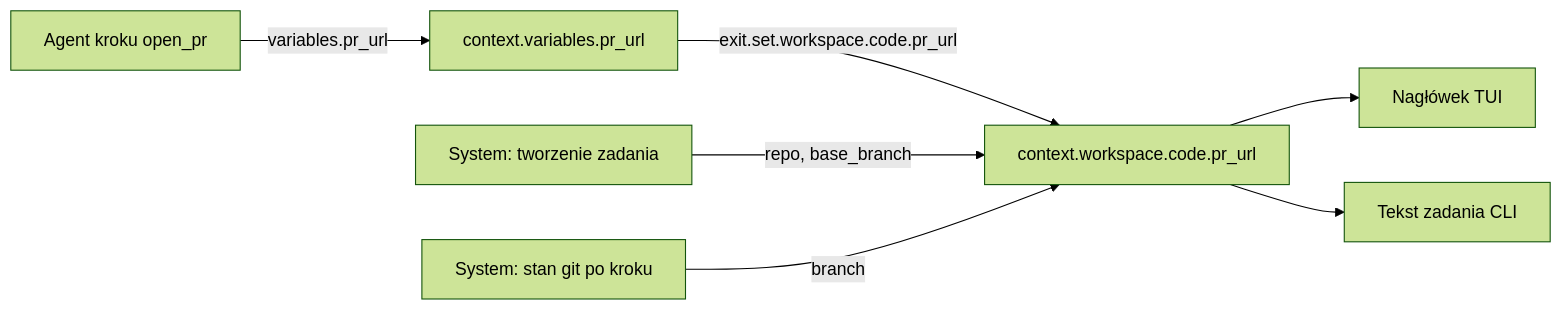
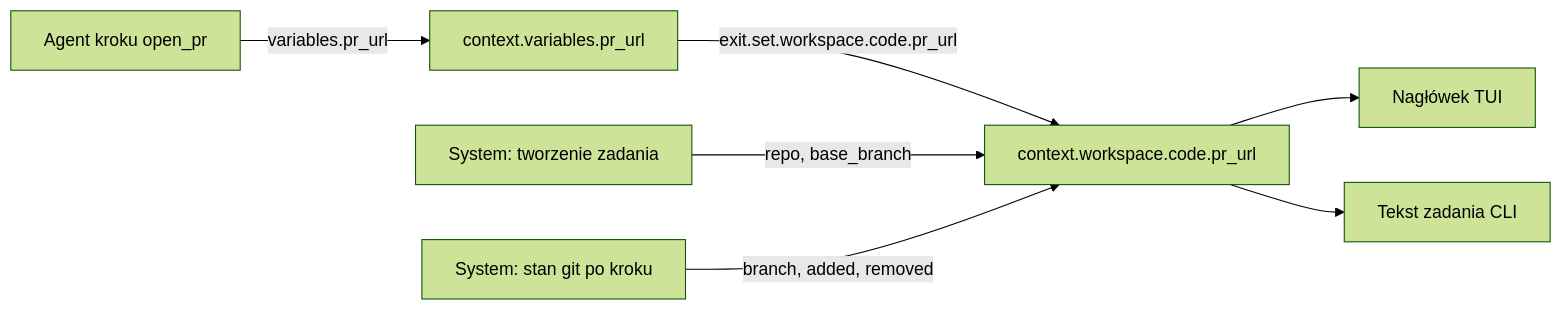
Before and after one commit to glakartur/narsor: the diagram in docs/plans/2026-11-07-0518-refactor-naglowek-zadania-bez-display-plan.md, drawn with Mermaid (forest theme). The commit also changed other lines of this file, not shown here.

````diff
--- a/docs/plans/2026-11-07-0518-refactor-naglowek-zadania-bez-display-plan.md
+++ b/docs/plans/2026-11-07-0518-refactor-naglowek-zadania-bez-display-plan.md
@@ -97,9 +100,9 @@
 ```mermaid
 flowchart LR
   A[Agent kroku open_pr] -->|variables.pr_url| V[context.variables.pr_url]
   V -->|exit.set.workspace.code.pr_url| W[context.workspace.code.pr_url]
   S[System: tworzenie zadania] -->|repo, base_branch| W
-  G[System: stan git po kroku] -->|branch| W
+  G[System: stan git po kroku] -->|branch, added, removed| W
   W --> T[Nagłówek TUI]
   W --> C[Tekst zadania CLI]
 ```
````
